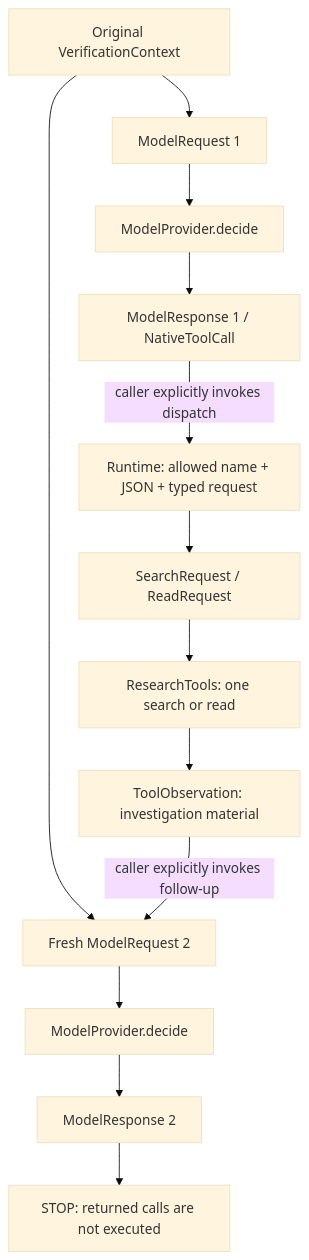
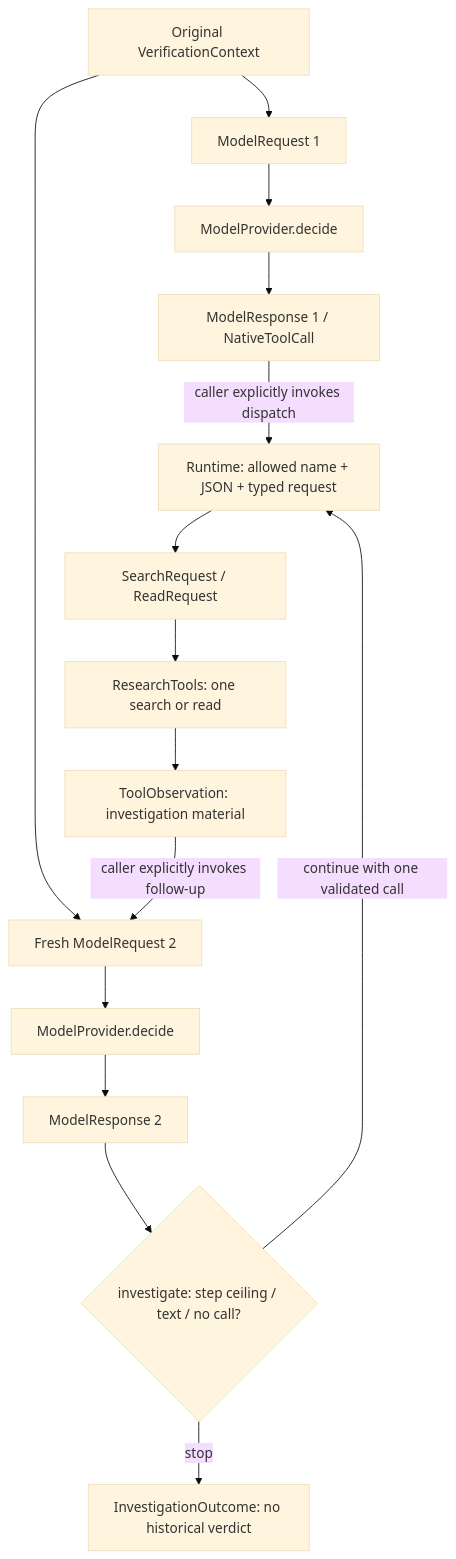
The second of 3 diagrams in README.md (hailincai/agentic-history-studio), drawn with Mermaid (base theme) before and after one commit. The commit also changed other lines of this file and 4 other files, not shown here.

````diff
--- a/README.md
+++ b/README.md
@@ -33,15 +33,17 @@
 ```mermaid
 flowchart TD
     C[Original VerificationContext] --> Q1[ModelRequest 1]
     Q1 --> P1[ModelProvider.decide]
     P1 --> R1[ModelResponse 1 / NativeToolCall]
     R1 -->|caller explicitly invokes dispatch| Validate[Runtime: allowed name + JSON + typed request]
     Validate --> Input[SearchRequest / ReadRequest]
     Input --> Tools[ResearchTools: one search or read]
     Tools --> Obs[ToolObservation: investigation material]
     C --> Q2[Fresh ModelRequest 2]
     Obs -->|caller explicitly invokes follow-up| Q2
     Q2 --> P2[ModelProvider.decide]
     P2 --> R2[ModelResponse 2]
-    R2 --> Stop[STOP: returned calls are not executed]
+    R2 --> Boundary{investigate: step ceiling / text / no call?}
+    Boundary -->|continue with one validated call| Validate
+    Boundary -->|stop| Stop[InvestigationOutcome: no historical verdict]
 ```
````
